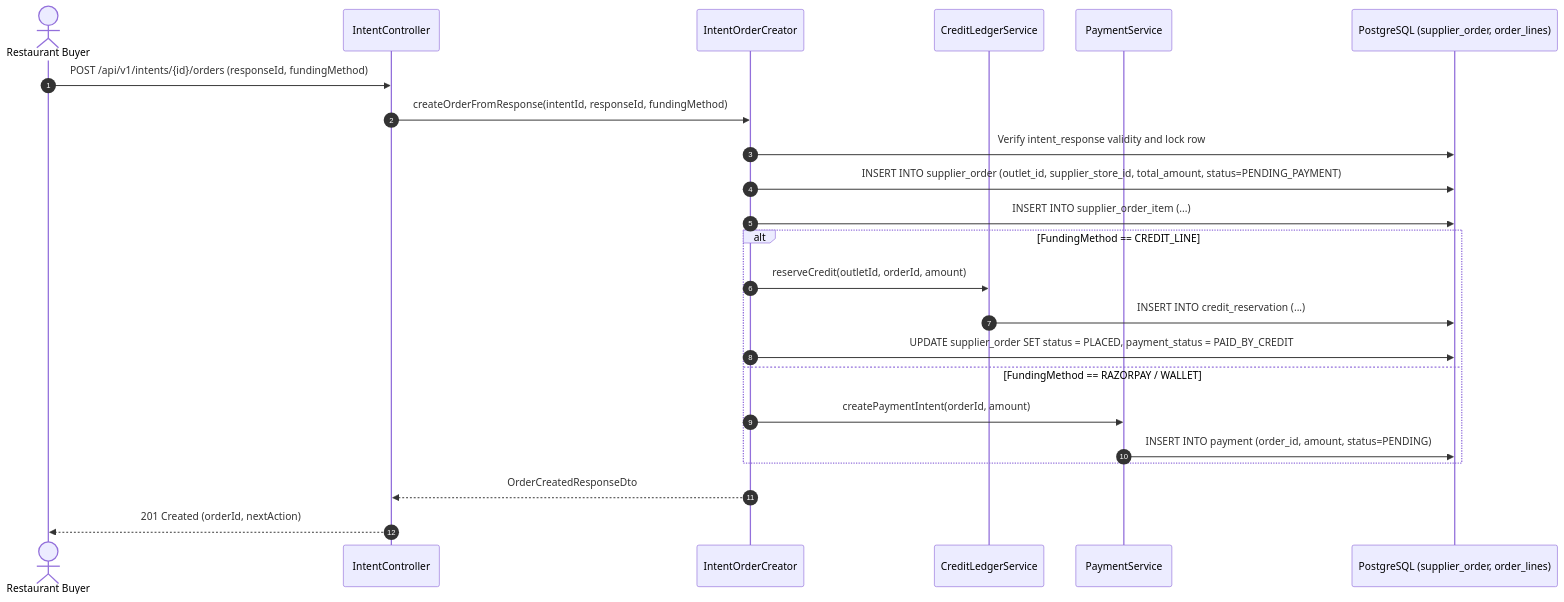
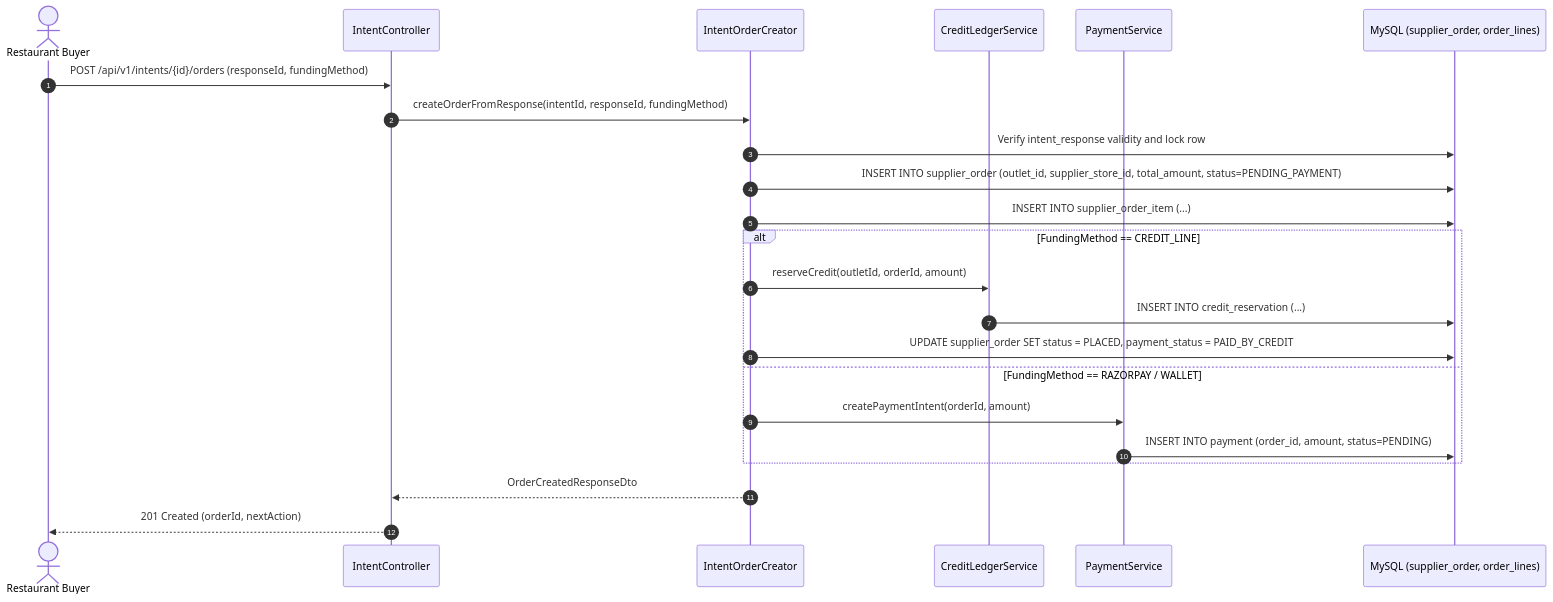
Before and after one commit to narasimha-reddy/costonomy-mp-api: the third of 7 diagrams in docs/architecture/sequence-diagrams/03-intent-and-procurement.md, drawn with Mermaid. The commit also changed other lines of this file and 19 other files, not shown here.

First line of the commit message:
docs(delivery): current state, diagrams, decisions D-204 to D-207, changelog and traceability

````diff
--- a/docs/architecture/sequence-diagrams/03-intent-and-procurement.md
+++ b/docs/architecture/sequence-diagrams/03-intent-and-procurement.md
@@ -68,28 +68,28 @@
 ```mermaid
 sequenceDiagram
     autonumber
     actor Restaurant as Restaurant Buyer
     participant IC as IntentController
     participant IOC as IntentOrderCreator
     participant CLS as CreditLedgerService
     participant PS as PaymentService
-    participant DB as PostgreSQL (supplier_order, order_lines)
+    participant DB as MySQL (supplier_order, order_lines)
 
     Restaurant->>IC: POST /api/v1/intents/{id}/orders (responseId, fundingMethod)
     IC->>IOC: createOrderFromResponse(intentId, responseId, fundingMethod)
     IOC->>DB: Verify intent_response validity and lock row
     IOC->>DB: INSERT INTO supplier_order (outlet_id, supplier_store_id, total_amount, status=PENDING_PAYMENT)
     IOC->>DB: INSERT INTO supplier_order_item (...)
     
     alt FundingMethod == CREDIT_LINE
         IOC->>CLS: reserveCredit(outletId, orderId, amount)
         CLS->>DB: INSERT INTO credit_reservation (...)
         IOC->>DB: UPDATE supplier_order SET status = PLACED, payment_status = PAID_BY_CREDIT
     else FundingMethod == RAZORPAY / WALLET
         IOC->>PS: createPaymentIntent(orderId, amount)
         PS->>DB: INSERT INTO payment (order_id, amount, status=PENDING)
     end
     
     IOC-->>IC: OrderCreatedResponseDto
     IC-->>Restaurant: 201 Created (orderId, nextAction)
 ```
````
